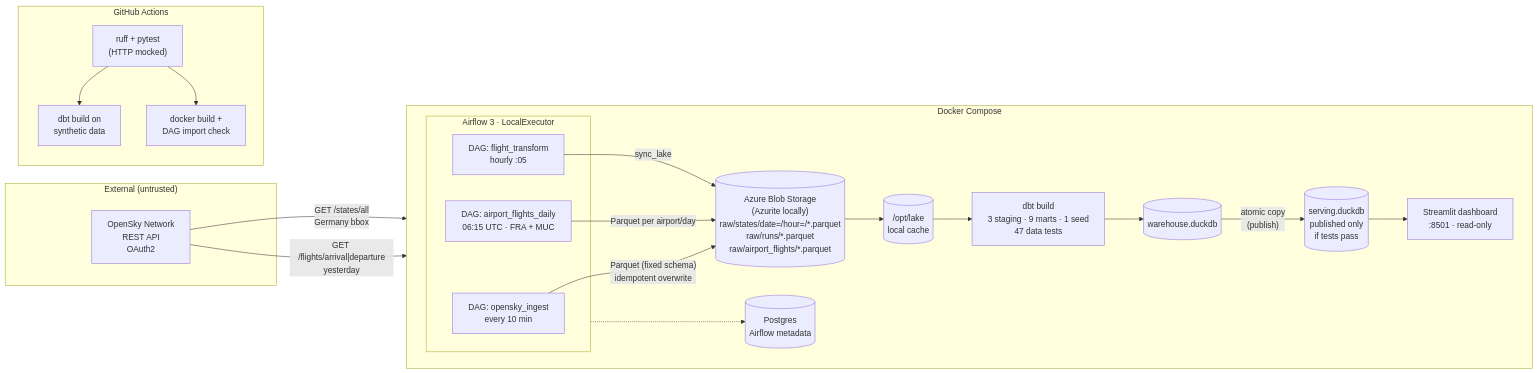
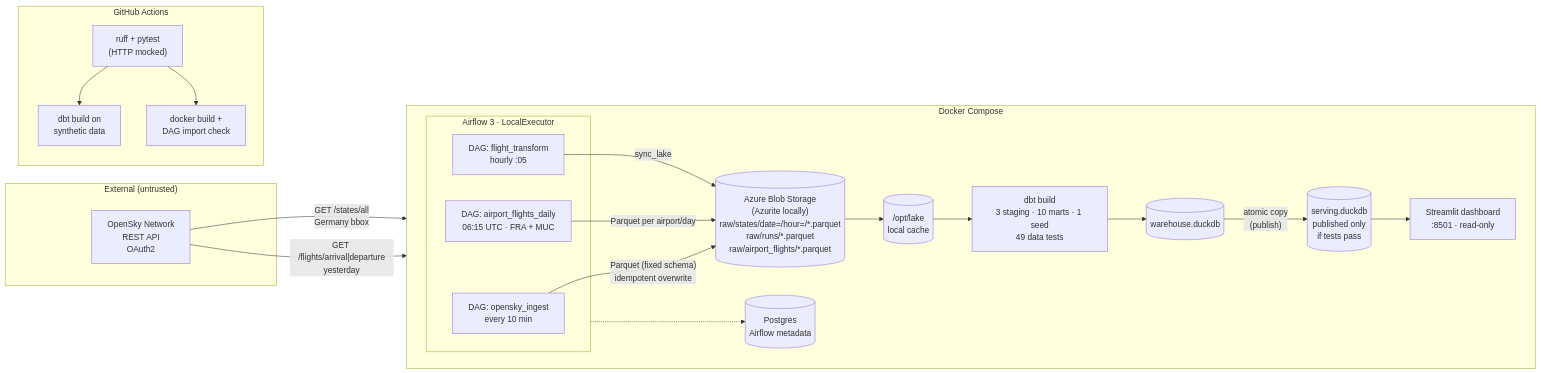
One commit to chiranjeev89/opensky-flight-pipeline changed the diagram in README.md. Above: the diagram before and after it, drawn with Mermaid. The commit also changed other lines of this file and 20 other files, not shown here.

````diff
--- a/README.md
+++ b/README.md
@@ -29,36 +29,36 @@
 ```mermaid
 flowchart LR
     subgraph EXT["External (untrusted)"]
         OS["OpenSky Network<br/>REST API<br/>OAuth2"]
     end
 
     subgraph DC["Docker Compose"]
         direction LR
         subgraph AF["Airflow 3 · LocalExecutor"]
             I["DAG: opensky_ingest<br/>every 10 min"]
             T["DAG: flight_transform<br/>hourly :05"]
             A["DAG: airport_flights_daily<br/>06:15 UTC · FRA + MUC"]
         end
         BLOB[("Azure Blob Storage<br/>(Azurite locally)<br/>raw/states/date=/hour=/*.parquet<br/>raw/runs/*.parquet<br/>raw/airport_flights/*.parquet")]
         LAKE[("/opt/lake<br/>local cache")]
-        DBT["dbt build<br/>3 staging · 9 marts · 1 seed<br/>47 data tests"]
+        DBT["dbt build<br/>3 staging · 10 marts · 1 seed<br/>49 data tests"]
         WH[("warehouse.duckdb")]
         SV[("serving.duckdb<br/>published only<br/>if tests pass")]
         DASH["Streamlit dashboard<br/>:8501 · read-only"]
         PG[("Postgres<br/>Airflow metadata")]
     end
 
     subgraph CI["GitHub Actions"]
         C1["ruff + pytest<br/>(HTTP mocked)"] --> C2["dbt build on<br/>synthetic data"]
         C1 --> C3["docker build +<br/>DAG import check"]
     end
 
     OS -- "GET /states/all<br/>Germany bbox" --> I
     I -- "Parquet (fixed schema)<br/>idempotent overwrite" --> BLOB
     OS -- "GET /flights/arrival|departure<br/>yesterday" --> A
     A -- "Parquet per airport/day" --> BLOB
     T -- "sync_lake" --> BLOB
     BLOB --> LAKE --> DBT --> WH
     WH -- "atomic copy<br/>(publish)" --> SV --> DASH
     AF -.-> PG
 ```
````
